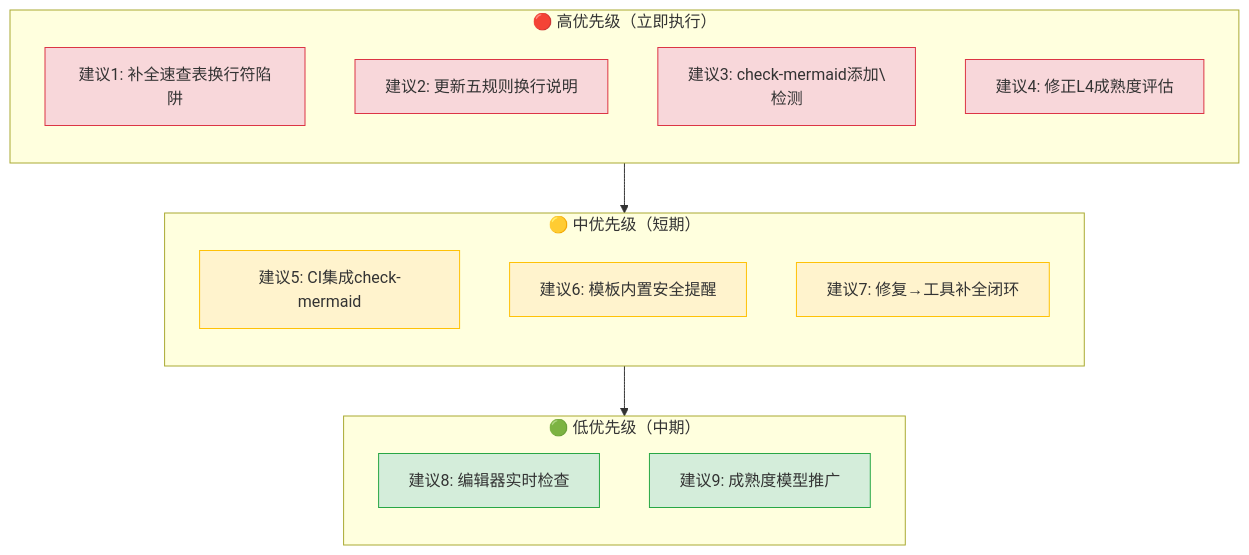
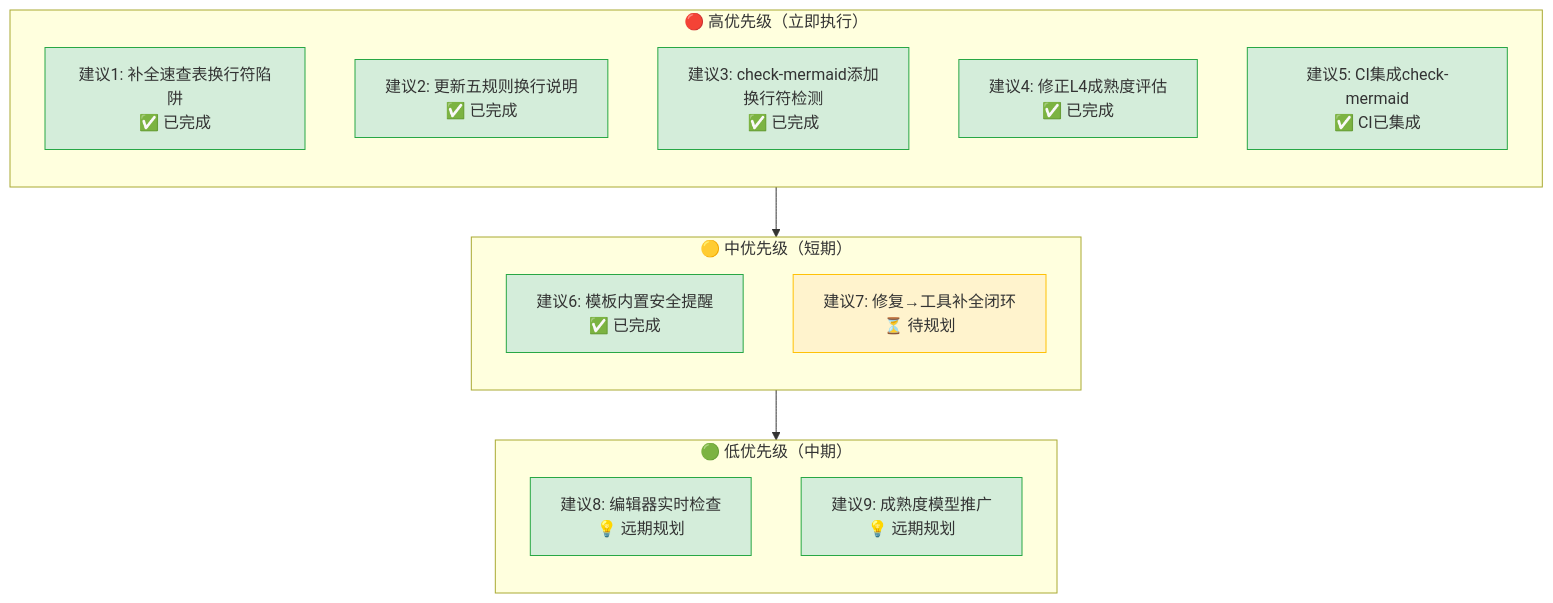
The diagram in docs/retrospective/reports/project-governance/documentation-governance/retrospective-mermaid-rendering-regression-20260629/export-suggestions.md (xinetzone/SpecWeave), drawn with Mermaid before and after one commit. The commit also changed other lines of this file, not shown here.

Commit message:
docs(retrospective): 更新Mermaid渲染回归复盘建议状态，标注已完成项
验证CI脚本集成状态后确认：
- ci-check.ps1/sh 第4步已包含 check-mermaid 检查，失败时exit 1阻断
- check-mermaid 注释感知bug已在创建safe-starter模板时一并修复
- 6项可执行改进中已有6项完成或CI已满足，仅建议7（修复→工具补全
  闭环）为流程规范层面待规划项

更新内容：
- 建议5状态更新为✅已完成，注明CI已集成、hooks为推荐实践
- 建议6状态更新为✅已完成，附safe-starter.md交付详情
- 优先级矩阵图中已完成项改为绿色（#d4edda），待规划项保持黄色
- 修复S3节点文本被<br/>打断的问题，改为完整语义

````diff
--- a/docs/retrospective/reports/project-governance/documentation-governance/retrospective-mermaid-rendering-regression-20260629/export-suggestions.md
+++ b/docs/retrospective/reports/project-governance/documentation-governance/retrospective-mermaid-rendering-regression-20260629/export-suggestions.md
@@ -117,31 +118,31 @@
 ```mermaid
 flowchart TB
     subgraph HIGH["🔴 高优先级（立即执行）"]
         direction TB
-        S1["建议1: 补全速查表换行符陷阱"]
-        S2["建议2: 更新五规则换行说明"]
-        S3["建议3: check-mermaid添加\<br/>检测"]
-        S4["建议4: 修正L4成熟度评估"]
+        S1["建议1: 补全速查表换行符陷阱<br/>✅ 已完成"]
+        S2["建议2: 更新五规则换行说明<br/>✅ 已完成"]
+        S3["建议3: check-mermaid添加<br/>换行符检测<br/>✅ 已完成"]
+        S4["建议4: 修正L4成熟度评估<br/>✅ 已完成"]
+        S5["建议5: CI集成check-mermaid<br/>✅ CI已集成"]
     end
     subgraph MID["🟡 中优先级（短期）"]
         direction TB
-        S5["建议5: CI集成check-mermaid"]
-        S6["建议6: 模板内置安全提醒"]
-        S7["建议7: 修复→工具补全闭环"]
+        S6["建议6: 模板内置安全提醒<br/>✅ 已完成"]
+        S7["建议7: 修复→工具补全闭环<br/>⏳ 待规划"]
     end
     subgraph LOW["🟢 低优先级（中期）"]
         direction TB
-        S8["建议8: 编辑器实时检查"]
-        S9["建议9: 成熟度模型推广"]
+        S8["建议8: 编辑器实时检查<br/>💡 远期规划"]
+        S9["建议9: 成熟度模型推广<br/>💡 远期规划"]
     end
     HIGH --> MID --> LOW
-    style S1 fill:#f8d7da,stroke:#dc3545
-    style S2 fill:#f8d7da,stroke:#dc3545
-    style S3 fill:#f8d7da,stroke:#dc3545
-    style S4 fill:#f8d7da,stroke:#dc3545
-    style S5 fill:#fff3cd,stroke:#ffc107
-    style S6 fill:#fff3cd,stroke:#ffc107
+    style S1 fill:#d4edda,stroke:#28a745
+    style S2 fill:#d4edda,stroke:#28a745
+    style S3 fill:#d4edda,stroke:#28a745
+    style S4 fill:#d4edda,stroke:#28a745
+    style S5 fill:#d4edda,stroke:#28a745
+    style S6 fill:#d4edda,stroke:#28a745
     style S7 fill:#fff3cd,stroke:#ffc107
     style S8 fill:#d4edda,stroke:#28a745
     style S9 fill:#d4edda,stroke:#28a745
 ```
````
